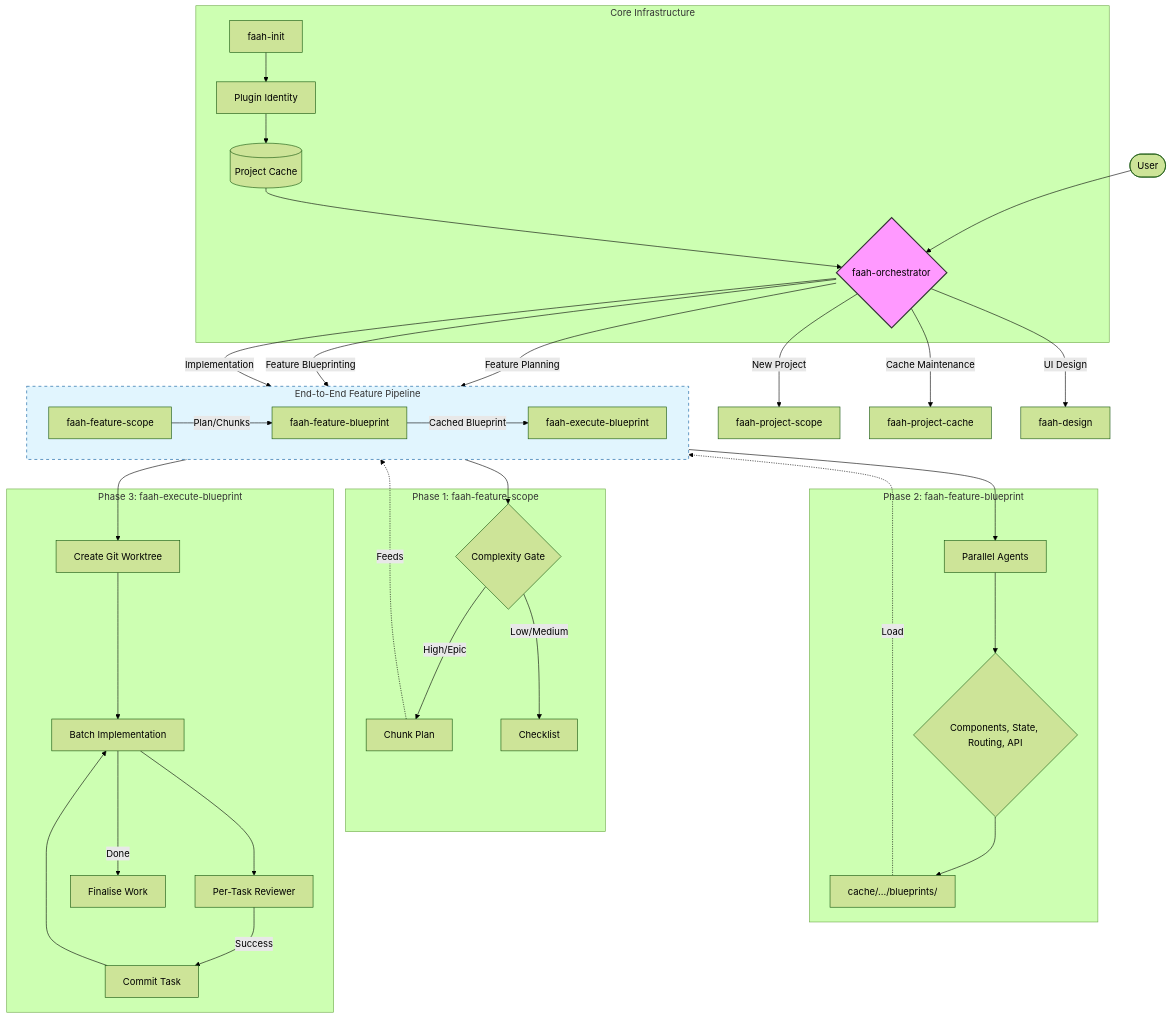
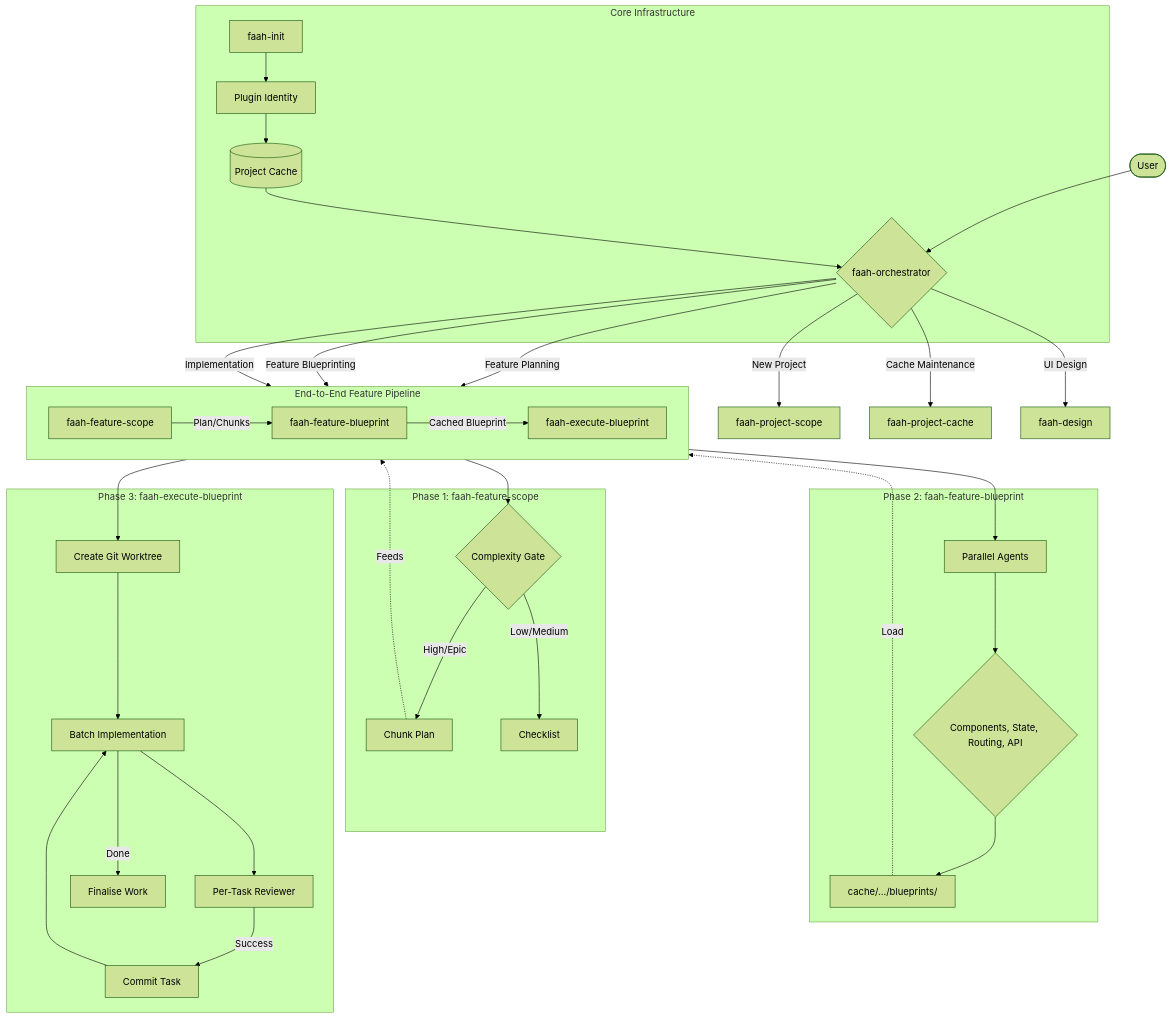
The diagram in README.md (RKPinata/frontend-architecture-automation-hub), drawn with Mermaid (forest theme) before and after one commit. The commit also changed other lines of this file, not shown here.

````diff
--- a/README.md
+++ b/README.md
@@ -34,50 +51,47 @@
 ```mermaid
 flowchart TD
     User([User]) --> Orchestrator{faah-orchestrator}
 
     Orchestrator -- "New Project" --> NewProject[faah-project-scope]
     Orchestrator -- "Feature Planning" --> FeaturePlan[faah-feature-scope]
     Orchestrator -- "Feature Blueprinting" --> Blueprint[faah-feature-blueprint]
     Orchestrator -- "Implementation" --> Execute[faah-execute-blueprint]
     Orchestrator -- "Cache Maintenance" --> Cache[faah-project-cache]
     Orchestrator -- "UI Design" --> Design[faah-design]
 
     subgraph Pipeline [End-to-End Feature Pipeline]
         direction LR
         FeaturePlan -->|Plan/Chunks| Blueprint
         Blueprint -->|Cached Blueprint| Execute
     end
 
     subgraph Scoping [Phase 1: faah-feature-scope]
         FeaturePlan --> Complexity{Complexity Gate}
         Complexity -- "High/Epic" --> ChunkPlan[Chunk Plan]
         Complexity -- "Low/Medium" --> Checklist[Checklist]
         ChunkPlan -.->|Feeds| Blueprint
     end
 
     subgraph Investigation [Phase 2: faah-feature-blueprint]
         Blueprint --> Investigate[Parallel Agents]
         Investigate --> Scan{Components, State, Routing, API}
         Scan --> CacheBlueprints["cache/.../blueprints/"]
     end
 
     subgraph Implementation [Phase 3: faah-execute-blueprint]
         Execute --> Worktree[Create Git Worktree]
         Worktree --> TaskLoop[Batch Implementation]
         TaskLoop --> Review[Per-Task Reviewer]
         Review -- "Success" --> Commit[Commit Task]
         Commit --> TaskLoop
         TaskLoop -- "Done" --> Merge[Finalise Work]
     end
 
     CacheBlueprints -.->|Load| Execute
 
     subgraph Infrastructure [Core Infrastructure]
         Init[faah-init] --> Identity[Plugin Identity]
         Identity --> CacheStore[(Project Cache)]
         CacheStore --> Orchestrator
     end
-
-    style Orchestrator fill:#f9f,stroke:#333,stroke-width:2px
-    style Pipeline fill:#e1f5fe,stroke:#01579b,stroke-dasharray: 5 5
 ```
````
